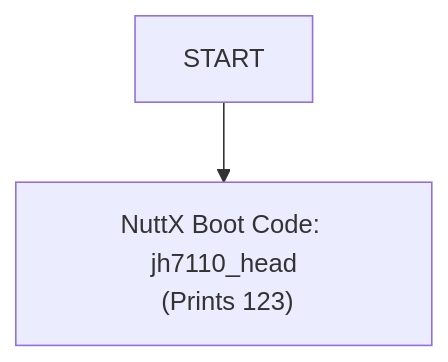
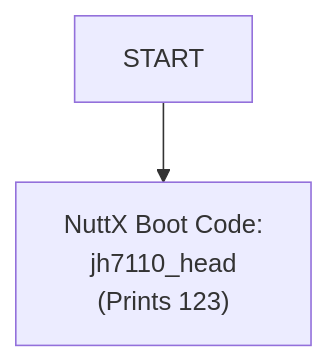
Before and after one commit to lupyuen/nuttx-ox64: the diagram in README.md, drawn with Mermaid.

````diff
--- a/README.md
+++ b/README.md
@@ -1463,5 +1463,5 @@
 ```mermaid
 flowchart TD
-START --> jh7110_head["NuttX Boot Code: jh7110_head<br> (Prints 123)"]
+START --> jh7110_head["NuttX Boot Code:\n jh7110_head<br> (Prints 123)"]
 click jh7110_head href "https://github.com/lupyuen2/wip-pinephone-nuttx/blob/ox64/arch/risc-v/src/jh7110/jh7110_head.S#L41-L156" "arch/risc-v/src/jh7110/jh7110_head.S" _blank
 ```
````
